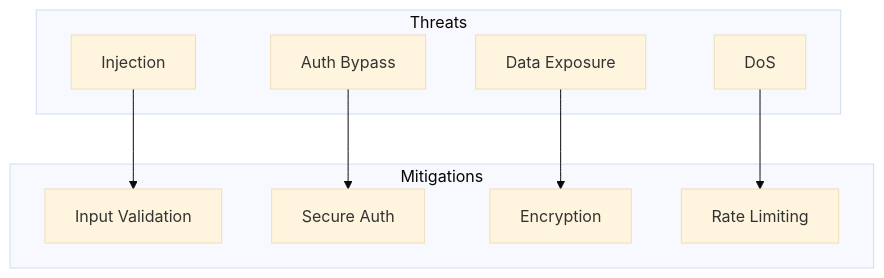
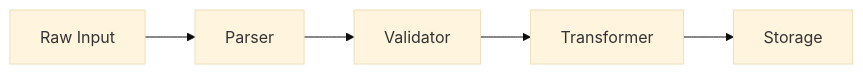
One commit to ucid-foundation/ucid changed the eighth of 9 diagrams in ARCHITECTURE.md. Above: the diagram before and after it, drawn with Mermaid (base theme). The commit also changed other lines of this file and 174 other files, not shown here.

````diff
--- a/ARCHITECTURE.md
+++ b/ARCHITECTURE.md
@@ -407,21 +592,7 @@
 ```mermaid
-graph TD
-    subgraph "Threats"
-        T1[Injection]
-        T2[Auth Bypass]
-        T3[Data Exposure]
-        T4[DoS]
-    end
-    
-    subgraph "Mitigations"
-        M1[Input Validation]
-        M2[Secure Auth]
-        M3[Encryption]
-        M4[Rate Limiting]
-    end
-    
-    T1 --> M1
-    T2 --> M2
-    T3 --> M3
-    T4 --> M4
+flowchart LR
+    Input[Raw Input] --> Parse[Parser]
+    Parse --> Validate[Validator]
+    Validate --> Transform[Transformer]
+    Transform --> Store[Storage]
 ```
````
